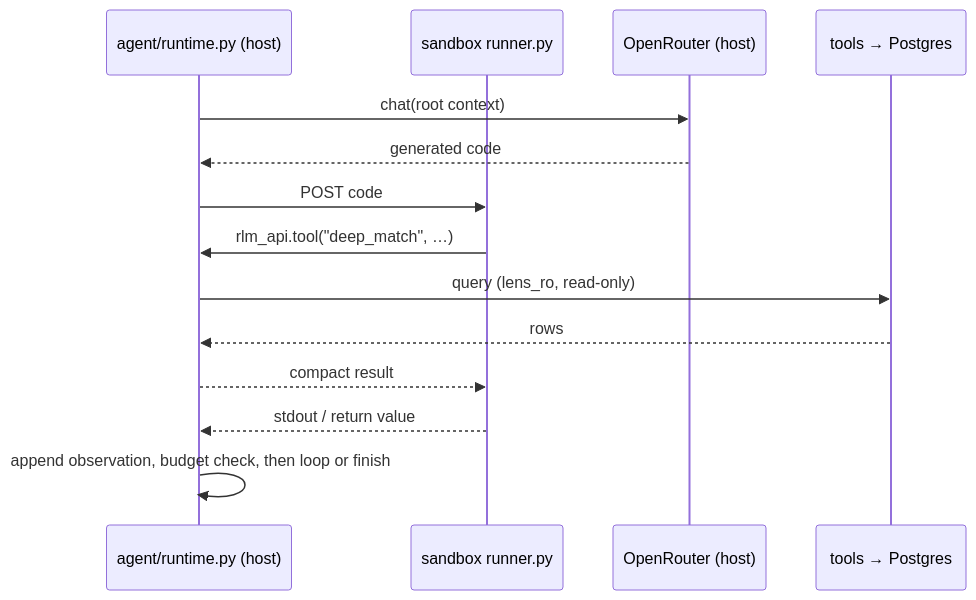
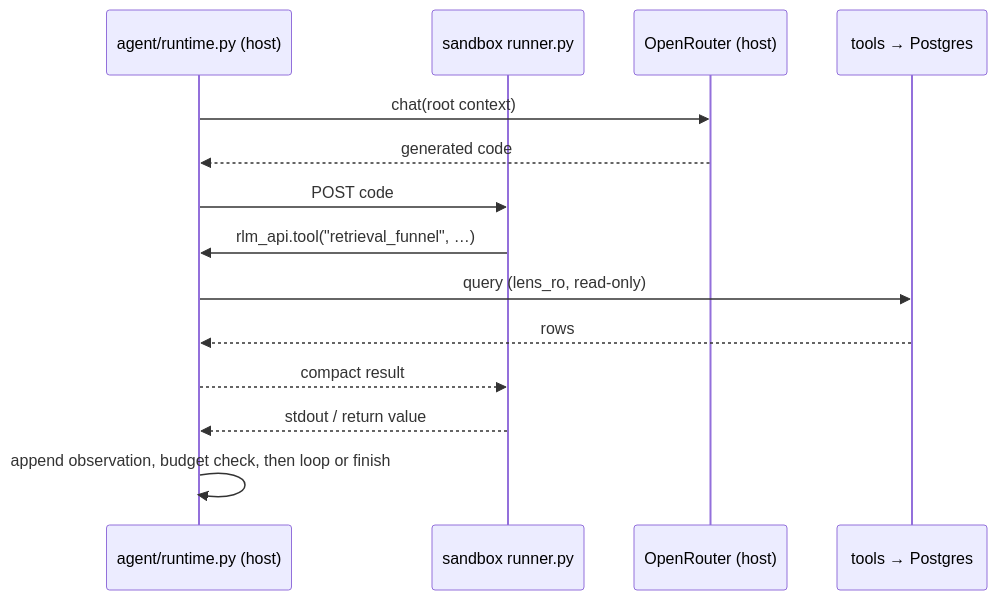
One commit to RSGzen/LENS changed the sixth of 6 diagrams in docs/ARCHITECTURE.md. Above: the diagram before and after it, drawn with Mermaid. The commit also changed other lines of this file and 19 other files, not shown here.

First line of the commit message:
harness: one retrieval tool, an in-run result cache, named gate claims, sticky compaction

````diff
--- a/docs/ARCHITECTURE.md
+++ b/docs/ARCHITECTURE.md
@@ -612,16 +612,16 @@
 ```mermaid
 sequenceDiagram
     participant R as agent/runtime.py (host)
     participant S as sandbox runner.py
     participant API as OpenRouter (host)
     participant DB as tools → Postgres
     R->>API: chat(root context)
     API-->>R: generated code
     R->>S: POST code
-    S->>R: rlm_api.tool("deep_match", …)
+    S->>R: rlm_api.tool("retrieval_funnel", …)
     R->>DB: query (lens_ro, read-only)
     DB-->>R: rows
     R-->>S: compact result
     S-->>R: stdout / return value
     R->>R: append observation, budget check, then loop or finish
 ```
````
